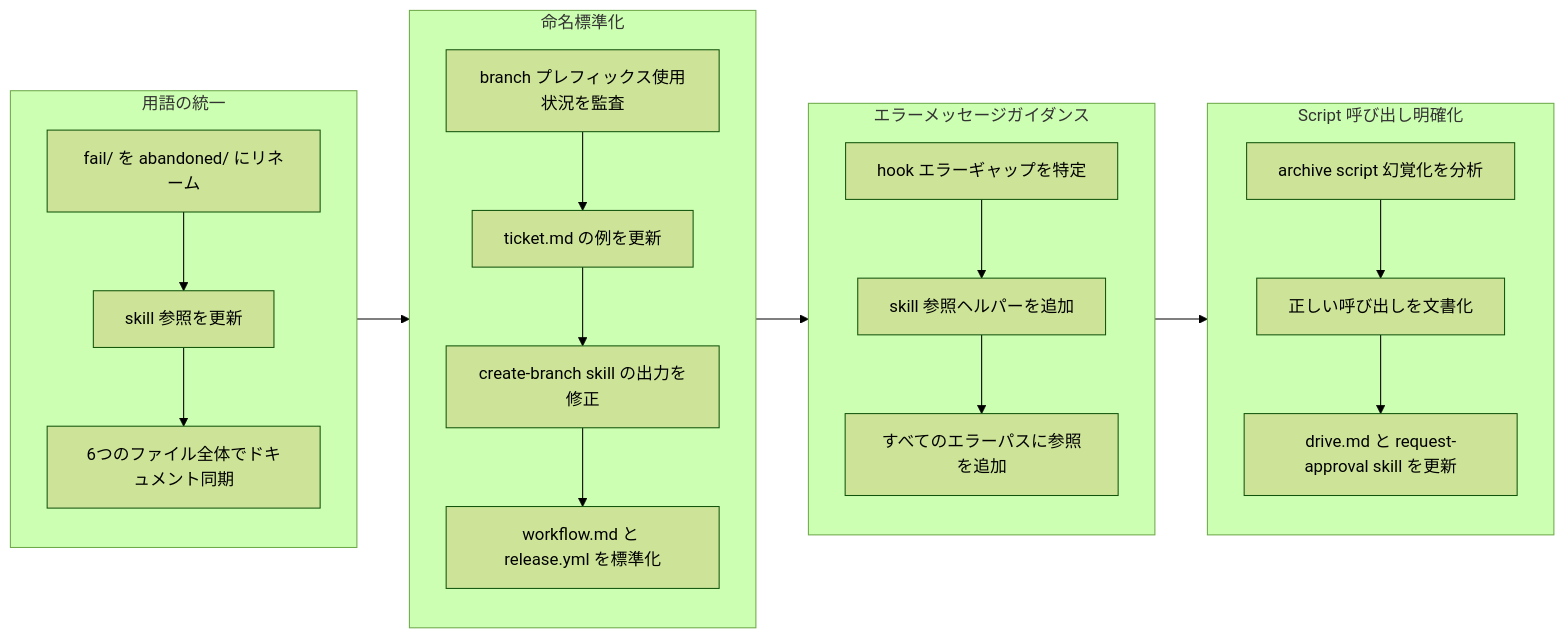
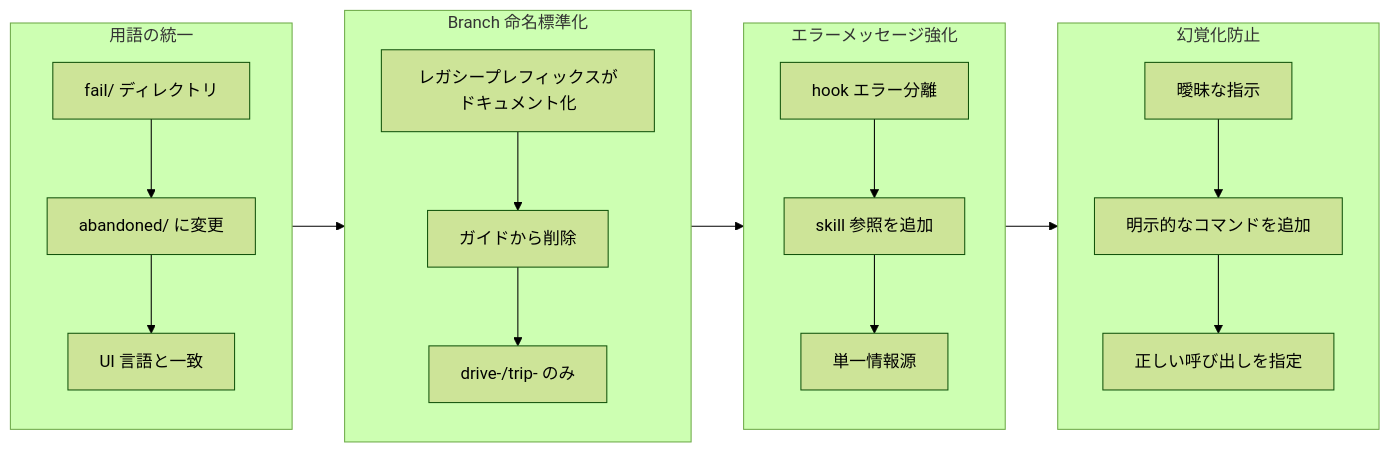
One commit to qmu/workaholic changed the diagram in .workaholic/stories/drive-20260131-223656_ja.md. Above: the diagram before and after it, drawn with Mermaid (forest theme). The commit also changed other lines of this file and 3 other files, not shown here.

````diff
--- a/.workaholic/stories/drive-20260131-223656_ja.md
+++ b/.workaholic/stories/drive-20260131-223656_ja.md
@@ -31,24 +29,28 @@
 ```mermaid
 flowchart LR
-  subgraph Terminology[用語の統一]
+  subgraph Terminology["用語の統一"]
     direction TB
-    t1["fail/ を abandoned/ にリネーム"] --> t2["skill 参照を更新"] --> t3["6つのファイル全体でドキュメント同期"]
+    t1["fail/ ディレクトリ"] --> t2["abandoned/ に変更"]
+    t2 --> t3["UI 言語と一致"]
   end
 
-  subgraph Standardization[命名標準化]
+  subgraph Naming["Branch 命名標準化"]
     direction TB
-    s1["branch プレフィックス使用状況を監査"] --> s2["ticket.md の例を更新"] --> s3["create-branch skill の出力を修正"] --> s4["workflow.md と release.yml を標準化"]
+    n1["レガシープレフィックスがドキュメント化"] --> n2["ガイドから削除"]
+    n2 --> n3["drive-/trip- のみ"]
   end
 
-  subgraph Guidance[エラーメッセージガイダンス]
+  subgraph ErrorGuide["エラーメッセージ強化"]
     direction TB
-    g1["hook エラーギャップを特定"] --> g2["skill 参照ヘルパーを追加"] --> g3["すべてのエラーパスに参照を追加"]
+    e1["hook エラー分離"] --> e2["skill 参照を追加"]
+    e2 --> e3["単一情報源"]
   end
 
-  subgraph Scripts[Script 呼び出し明確化]
+  subgraph Hallucination["幻覚化防止"]
     direction TB
-    sc1["archive script 幻覚化を分析"] --> sc2["正しい呼び出しを文書化"] --> sc3["drive.md と request-approval skill を更新"]
+    h1["曖昧な指示"] --> h2["明示的なコマンドを追加"]
+    h2 --> h3["正しい呼び出しを指定"]
   end
 
-  Terminology --> Standardization --> Guidance --> Scripts
+  Terminology --> Naming --> ErrorGuide --> Hallucination
 ```
````
